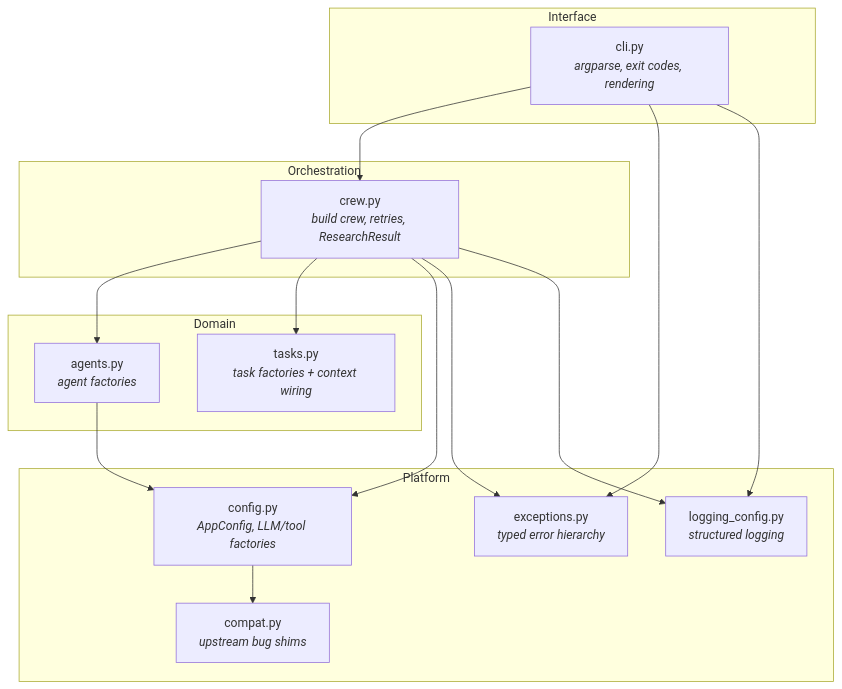
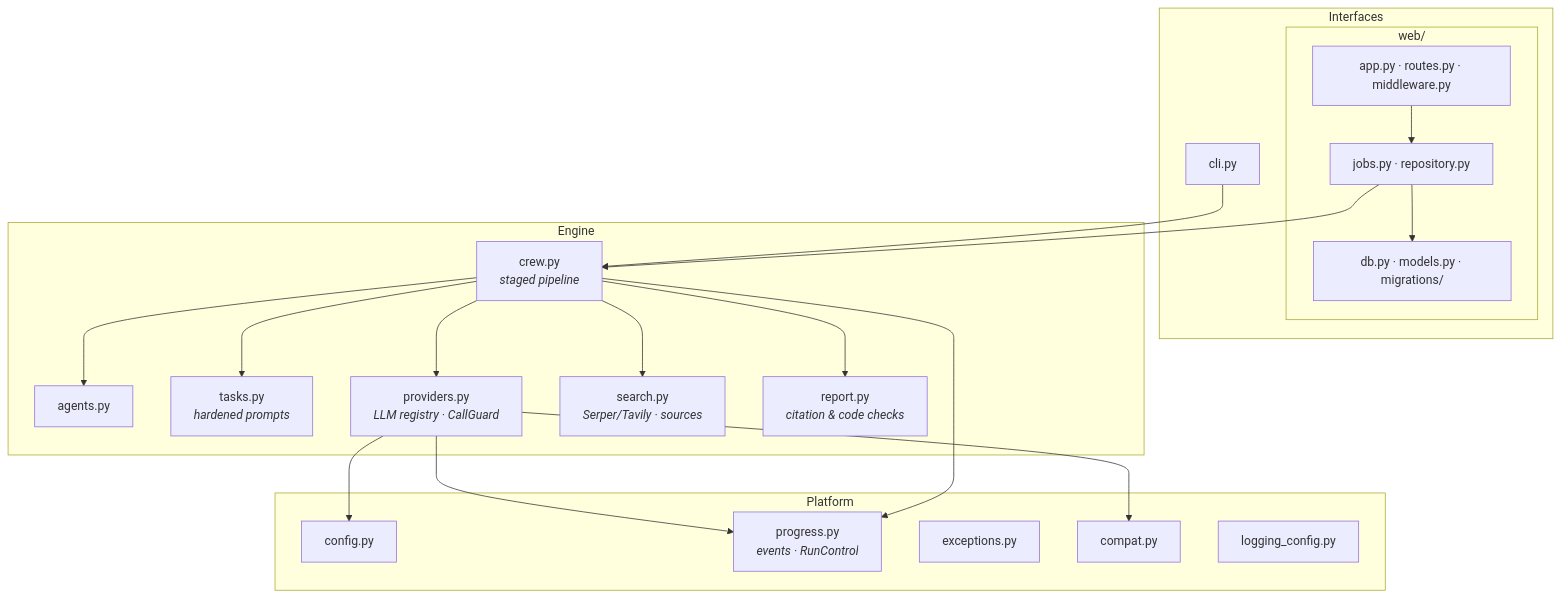
One commit to syed-waleed-ahmed/Multi-Agent-Research-Team changed the second of 4 diagrams in ARCHITECTURE.md. Above: the diagram before and after it, drawn with Mermaid. The commit also changed other lines of this file and 16 other files, not shown here.

````diff
--- a/ARCHITECTURE.md
+++ b/ARCHITECTURE.md
@@ -32,30 +34,32 @@
 ```mermaid
 flowchart TD
-    subgraph Interface
-        cli[cli.py<br/><i>argparse, exit codes, rendering</i>]
+    subgraph Interfaces
+        cli[cli.py]
+        subgraph web[web/]
+            app[app.py · routes.py · middleware.py]
+            jobs[jobs.py · repository.py]
+            dbm[db.py · models.py · migrations/]
+        end
     end
-    subgraph Orchestration
-        crew[crew.py<br/><i>build crew, retries, ResearchResult</i>]
-    end
-    subgraph Domain
-        agents[agents.py<br/><i>agent factories</i>]
-        tasks[tasks.py<br/><i>task factories + context wiring</i>]
+    subgraph Engine
+        crew[crew.py<br/><i>staged pipeline</i>]
+        agents[agents.py]
+        tasks[tasks.py<br/><i>hardened prompts</i>]
+        providers[providers.py<br/><i>LLM registry · CallGuard</i>]
+        search[search.py<br/><i>Serper/Tavily · sources</i>]
+        report[report.py<br/><i>citation & code checks</i>]
     end
     subgraph Platform
-        config[config.py<br/><i>AppConfig, LLM/tool factories</i>]
-        exceptions[exceptions.py<br/><i>typed error hierarchy</i>]
-        logging[logging_config.py<br/><i>structured logging</i>]
-        compat[compat.py<br/><i>upstream bug shims</i>]
+        config[config.py]
+        progress[progress.py<br/><i>events · RunControl</i>]
+        exceptions[exceptions.py]
+        compat[compat.py]
+        logging[logging_config.py]
     end
-
     cli --> crew
-    crew --> agents
-    crew --> tasks
-    crew --> config
-    agents --> config
-    config --> compat
-    cli --> exceptions
-    crew --> exceptions
-    cli --> logging
-    crew --> logging
+    app --> jobs --> crew
+    jobs --> dbm
+    crew --> agents & tasks & providers & search & report
+    providers --> config & compat & progress
+    crew --> progress
 ```
````
